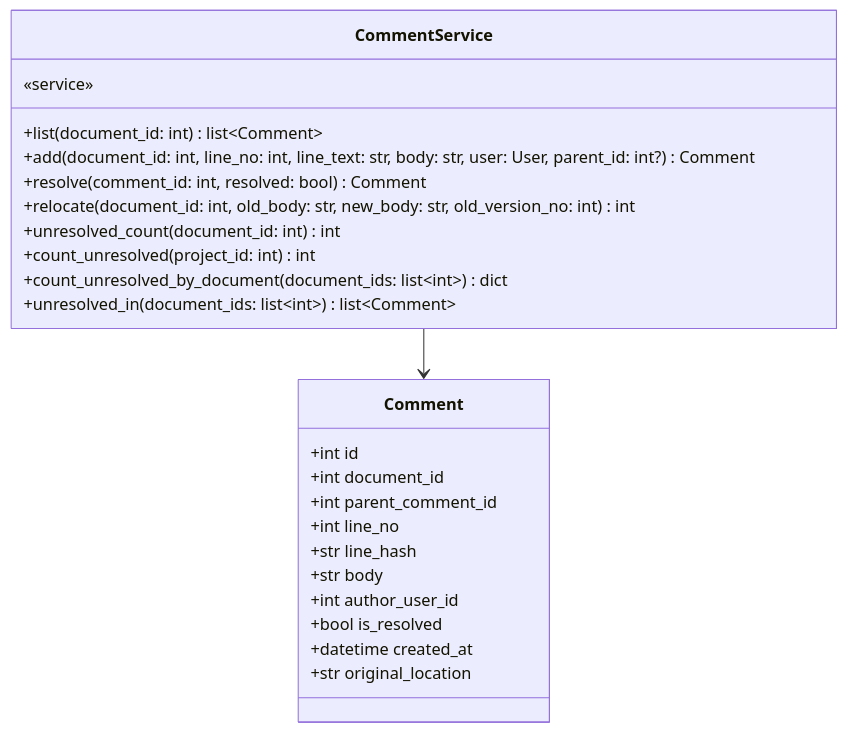
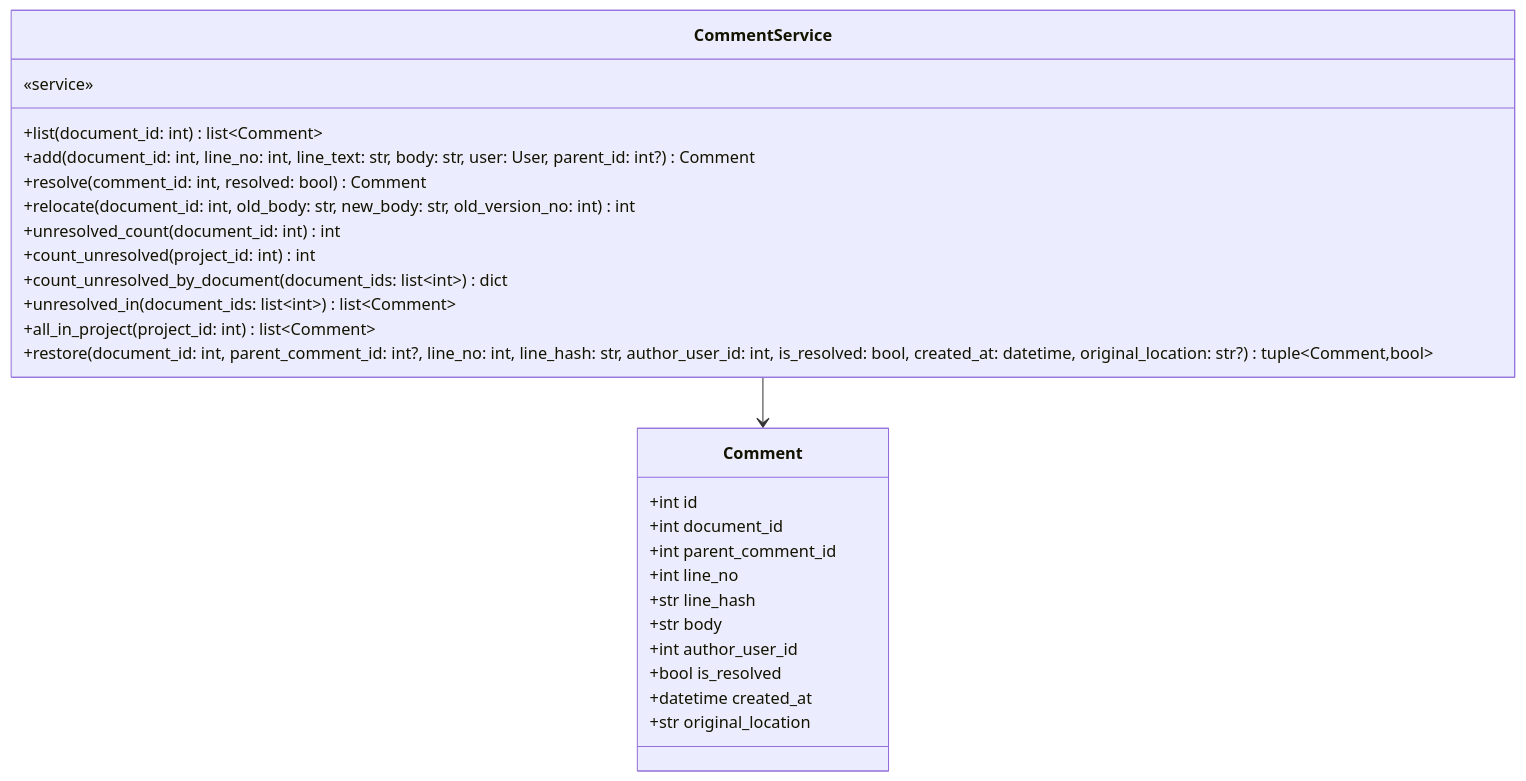
Before and after one commit to HoyoungParkme/syncdoc: diagram 20 of 21 in docs/specs/06-DOM/SYNC-DOM-002.md, drawn with Mermaid. The commit also changed other lines of this file and 1 other file, not shown here.

````diff
--- a/docs/specs/06-DOM/SYNC-DOM-002.md
+++ b/docs/specs/06-DOM/SYNC-DOM-002.md
@@ -837,27 +845,29 @@
 ```mermaid
 classDiagram
     class CommentService {
         «service»
         +list(document_id: int) list~Comment~
         +add(document_id: int, line_no: int, line_text: str, body: str, user: User, parent_id: int?) Comment
         +resolve(comment_id: int, resolved: bool) Comment
         +relocate(document_id: int, old_body: str, new_body: str, old_version_no: int) int
         +unresolved_count(document_id: int) int
         +count_unresolved(project_id: int) int
         +count_unresolved_by_document(document_ids: list~int~) dict
         +unresolved_in(document_ids: list~int~) list~Comment~
+        +all_in_project(project_id: int) list~Comment~
+        +restore(document_id: int, parent_comment_id: int?, line_no: int, line_hash: str, author_user_id: int, is_resolved: bool, created_at: datetime, original_location: str?) tuple~Comment,bool~
     }
     class Comment {
         +int id
         +int document_id
         +int parent_comment_id
         +int line_no
         +str line_hash
         +str body
         +int author_user_id
         +bool is_resolved
         +datetime created_at
         +str original_location
     }
     CommentService --> Comment
 ```
````
